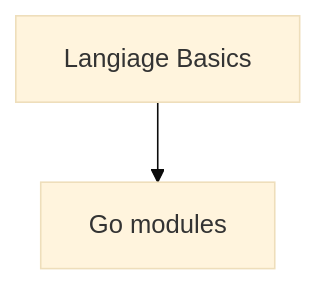
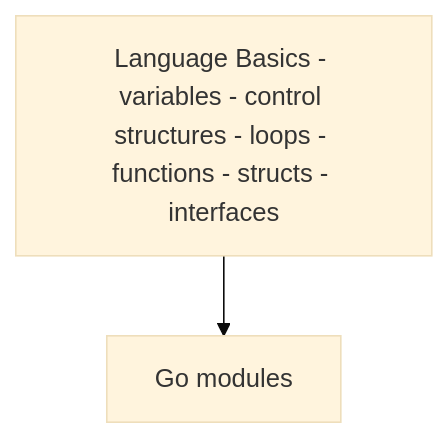
Before and after one commit to AliAkberAakash/golang-roadmap: the diagram in README.md, drawn with Mermaid (base theme).

````diff
--- a/README.md
+++ b/README.md
@@ -3,4 +3,4 @@
 ```mermaid
 graph TD;
-    A[Langiage Basics]-->B[Go modules];
+    A[Language Basics - variables - control structures - loops - functions - structs - interfaces]-->B[Go modules];
 ```
````
